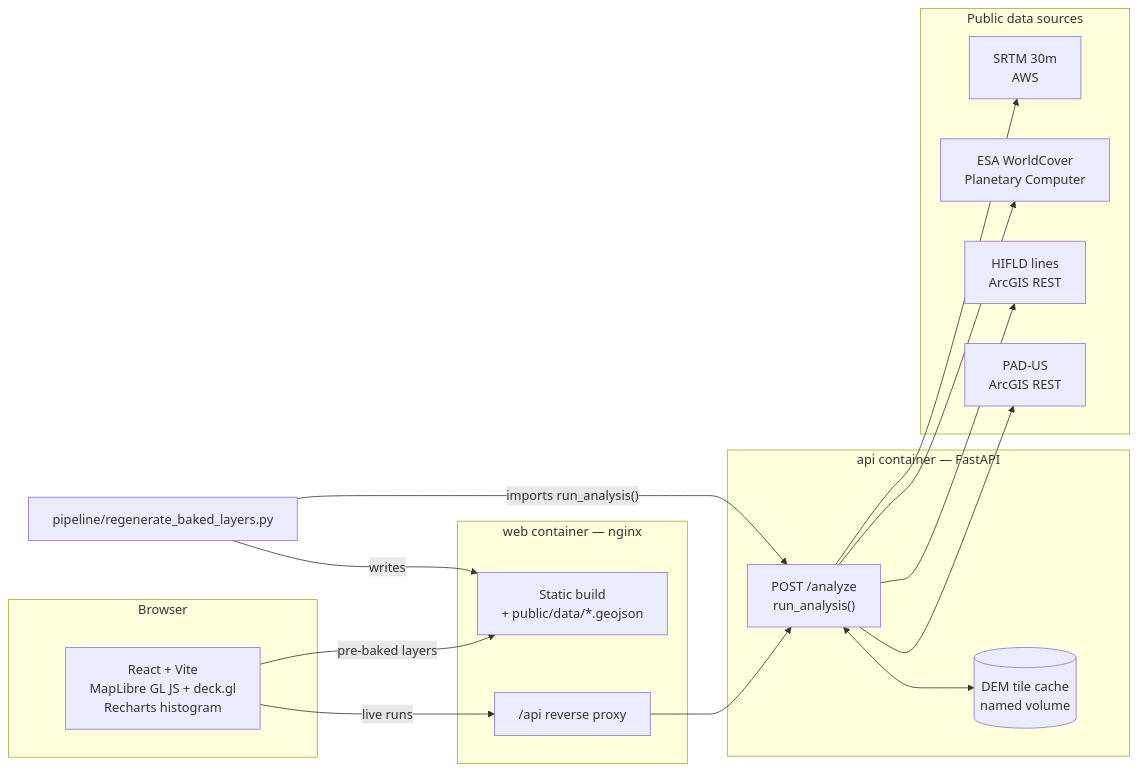
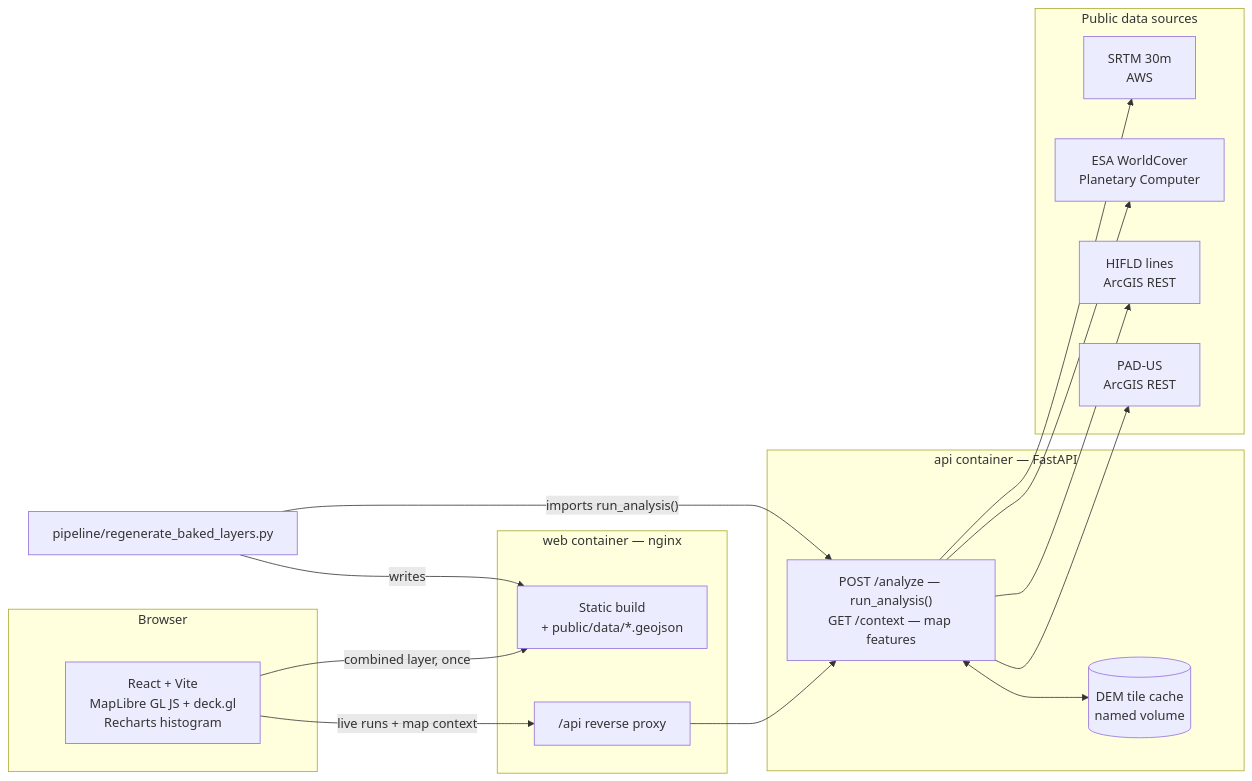
One commit to Ptander01/solar-siting-explorer changed the diagram in README.md. Above: the diagram before and after it, drawn with Mermaid. The commit also changed other lines of this file and 2 other files, not shown here.

````diff
--- a/README.md
+++ b/README.md
@@ -58,30 +58,30 @@
 ```mermaid
 flowchart LR
   subgraph browser["Browser"]
     UI["React + Vite<br/>MapLibre GL JS + deck.gl<br/>Recharts histogram"]
   end
 
   subgraph web["web container — nginx"]
     STATIC["Static build<br/>+ public/data/*.geojson"]
     PROXY["/api reverse proxy"]
   end
 
   subgraph api["api container — FastAPI"]
-    ANALYZE["POST /analyze<br/>run_analysis()"]
+    ANALYZE["POST /analyze — run_analysis()<br/>GET /context — map features"]
     CACHE[("DEM tile cache<br/>named volume")]
   end
 
   subgraph sources["Public data sources"]
     SRTM["SRTM 30m<br/>AWS"]
     WC["ESA WorldCover<br/>Planetary Computer"]
     HIFLD["HIFLD lines<br/>ArcGIS REST"]
     PADUS["PAD-US<br/>ArcGIS REST"]
   end
 
-  UI -->|"pre-baked layers"| STATIC
-  UI -->|"live runs"| PROXY --> ANALYZE
+  UI -->|"combined layer, once"| STATIC
+  UI -->|"live runs + map context"| PROXY --> ANALYZE
   ANALYZE <--> CACHE
   ANALYZE --> SRTM & WC & HIFLD & PADUS
   BATCH["pipeline/regenerate_baked_layers.py"] -->|"imports run_analysis()"| ANALYZE
   BATCH -->|"writes"| STATIC
 ```
````
